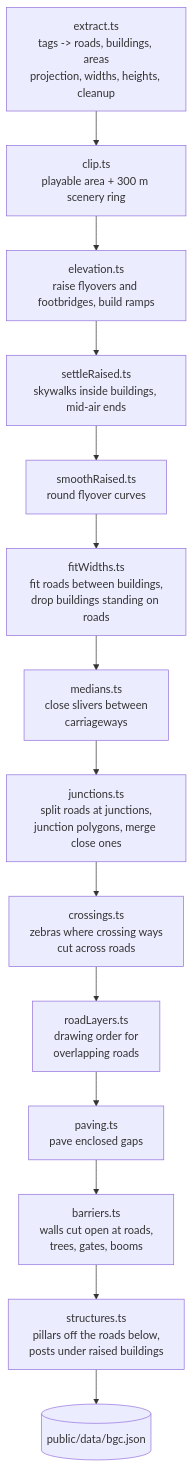
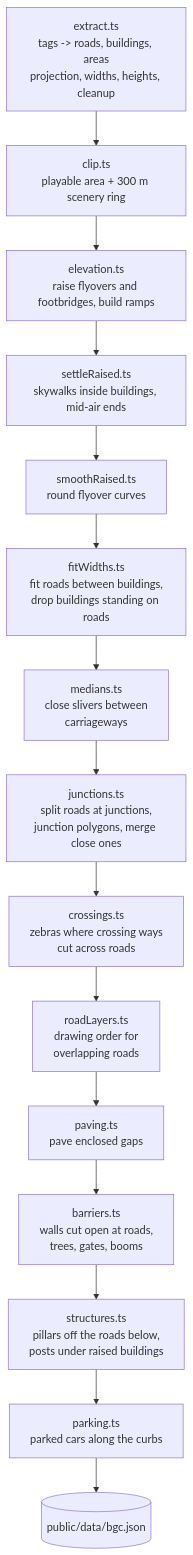
One commit to ajs0905/drive-thru-mnl changed the second of 5 diagrams in docs/ARCHITECTURE.md. Above: the diagram before and after it, drawn with Mermaid. The commit also changed other lines of this file and 29 other files, not shown here.

Commit message:
park cars along the curbs, with physics near the player and an off-screen reset

````diff
--- a/docs/ARCHITECTURE.md
+++ b/docs/ARCHITECTURE.md
@@ -103,16 +103,17 @@
 ```mermaid
 flowchart TD
   A[extract.ts<br/>tags -> roads, buildings, areas<br/>projection, widths, heights, cleanup] --> B[clip.ts<br/>playable area + 300 m scenery ring]
   B --> C[elevation.ts<br/>raise flyovers and footbridges, build ramps]
   C --> D[settleRaised.ts<br/>skywalks inside buildings, mid-air ends]
   D --> R[smoothRaised.ts<br/>round flyover curves]
   R --> E[fitWidths.ts<br/>fit roads between buildings,<br/>drop buildings standing on roads]
   E --> M[medians.ts<br/>close slivers between<br/>carriageways]
   M --> G[junctions.ts<br/>split roads at junctions,<br/>junction polygons, merge close ones]
   G --> H[crossings.ts<br/>zebras where crossing ways<br/>cut across roads]
   H --> L[roadLayers.ts<br/>drawing order for<br/>overlapping roads]
   L --> P[paving.ts<br/>pave enclosed gaps]
   P --> X[barriers.ts<br/>walls cut open at roads,<br/>trees, gates, booms]
   X --> S[structures.ts<br/>pillars off the roads below,<br/>posts under raised buildings]
-  S --> F[(public/data/bgc.json)]
+  S --> K[parking.ts<br/>parked cars along the curbs]
+  K --> F[(public/data/bgc.json)]
 ```
````
